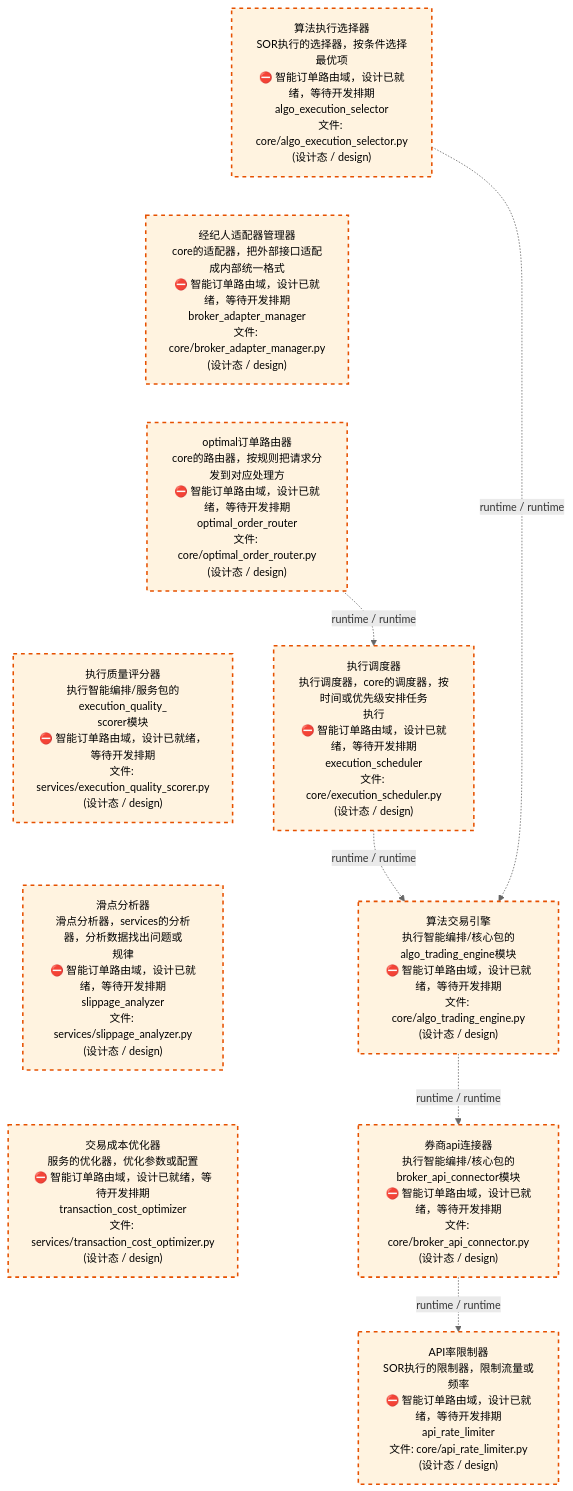
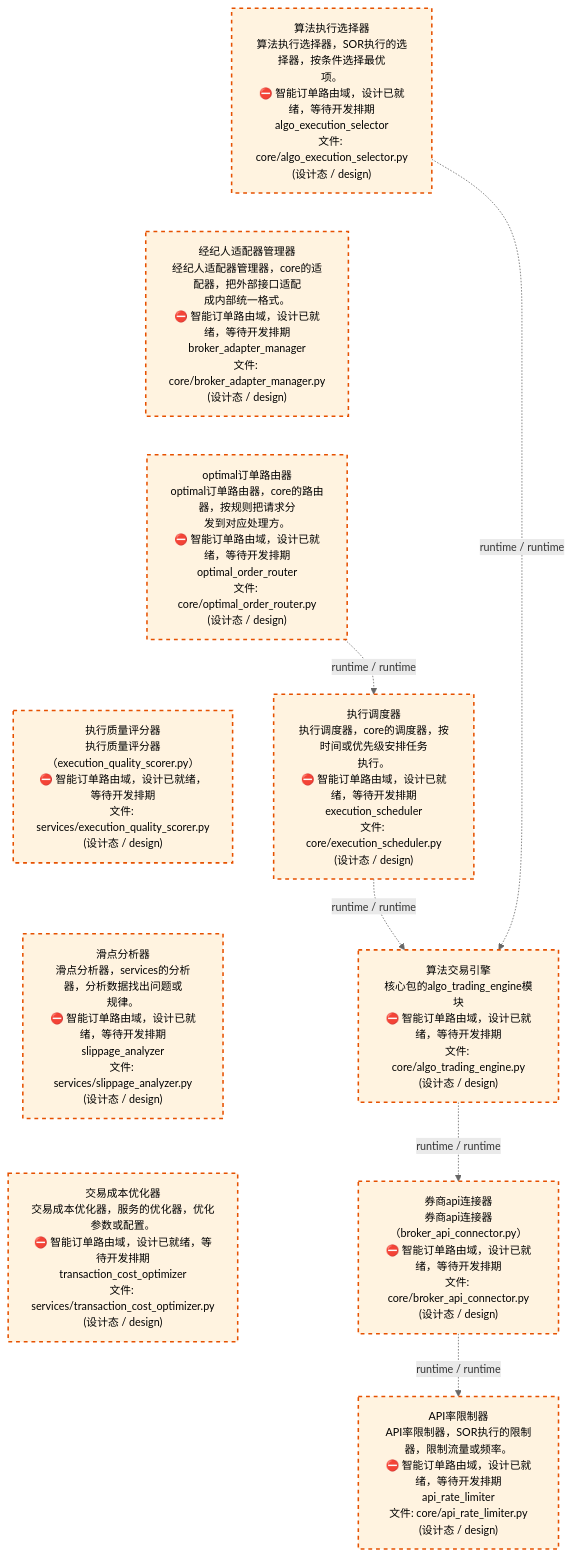
Before and after one commit to xuanFelixVan/ZephyrAlpha: the third of 4 diagrams in docs/02_enterprise_architecture/02_domain_architecture_docs/45_d_ex_sor.md, drawn with Mermaid. The commit also changed other lines of this file and 58 other files, not shown here.

````diff
--- a/docs/02_enterprise_architecture/02_domain_architecture_docs/45_d_ex_sor.md
+++ b/docs/02_enterprise_architecture/02_domain_architecture_docs/45_d_ex_sor.md
@@ -138,29 +138,29 @@
 ```mermaid
 %%{init: {'theme': 'base', 'themeVariables': {'primaryColor': '#eaeaea', 'primaryTextColor': '#333333', 'primaryBorderColor': '#666666', 'lineColor': '#666666', 'secondaryColor': '#eaeaea', 'tertiaryColor': '#eaeaea', 'fontSize': '14px'}}}%%
 flowchart TD
-    src_zephyr_ex_sor_core_algo_execution_selector_py["算法执行选择器<br/>SOR执行的选择器，按条件选择最优项<br/>⛔ 智能订单路由域，设计已就绪，等待开发排期<br/>algo_execution_selector<br/>文件: core/algo_execution_selector.py<br/>(设计态 / design)"]
-    src_zephyr_ex_sor_core_broker_adapter_manager_py["经纪人适配器管理器<br/>core的适配器，把外部接口适配成内部统一格式<br/>⛔ 智能订单路由域，设计已就绪，等待开发排期<br/>broker_adapter_manager<br/>文件: core/broker_adapter_manager.py<br/>(设计态 / design)"]
-    src_zephyr_ex_sor_core_optimal_order_router_py["optimal订单路由器<br/>core的路由器，按规则把请求分发到对应处理方<br/>⛔ 智能订单路由域，设计已就绪，等待开发排期<br/>optimal_order_router<br/>文件: core/optimal_order_router.py<br/>(设计态 / design)"]
-    src_zephyr_ex_sor_services_execution_quality_scorer_py["执行质量评分器<br/>执行智能编排/服务包的execution_quality_<br/>scorer模块<br/>⛔ 智能订单路由域，设计已就绪，等待开发排期<br/>文件: services/execution_quality_scorer.py<br/>(设计态 / design)"]
-    src_zephyr_ex_sor_services_slippage_analyzer_py["滑点分析器<br/>滑点分析器，services的分析器，分析数据找出问题或<br/>规律<br/>⛔ 智能订单路由域，设计已就绪，等待开发排期<br/>slippage_analyzer<br/>文件: services/slippage_analyzer.py<br/>(设计态 / design)"]
-    src_zephyr_ex_sor_services_transaction_cost_optimizer_py["交易成本优化器<br/>服务的优化器，优化参数或配置<br/>⛔ 智能订单路由域，设计已就绪，等待开发排期<br/>transaction_cost_optimizer<br/>文件: services/transaction_cost_optimizer.py<br/>(设计态 / design)"]
+    src_zephyr_ex_sor_core_algo_execution_selector_py["算法执行选择器<br/>算法执行选择器，SOR执行的选择器，按条件选择最优<br/>项。<br/>⛔ 智能订单路由域，设计已就绪，等待开发排期<br/>algo_execution_selector<br/>文件: core/algo_execution_selector.py<br/>(设计态 / design)"]
+    src_zephyr_ex_sor_core_broker_adapter_manager_py["经纪人适配器管理器<br/>经纪人适配器管理器，core的适配器，把外部接口适配<br/>成内部统一格式。<br/>⛔ 智能订单路由域，设计已就绪，等待开发排期<br/>broker_adapter_manager<br/>文件: core/broker_adapter_manager.py<br/>(设计态 / design)"]
+    src_zephyr_ex_sor_core_optimal_order_router_py["optimal订单路由器<br/>optimal订单路由器，core的路由器，按规则把请求分<br/>发到对应处理方。<br/>⛔ 智能订单路由域，设计已就绪，等待开发排期<br/>optimal_order_router<br/>文件: core/optimal_order_router.py<br/>(设计态 / design)"]
+    src_zephyr_ex_sor_services_execution_quality_scorer_py["执行质量评分器<br/>执行质量评分器（execution_quality_scorer.py）<br/>⛔ 智能订单路由域，设计已就绪，等待开发排期<br/>文件: services/execution_quality_scorer.py<br/>(设计态 / design)"]
+    src_zephyr_ex_sor_services_slippage_analyzer_py["滑点分析器<br/>滑点分析器，services的分析器，分析数据找出问题或<br/>规律。<br/>⛔ 智能订单路由域，设计已就绪，等待开发排期<br/>slippage_analyzer<br/>文件: services/slippage_analyzer.py<br/>(设计态 / design)"]
+    src_zephyr_ex_sor_services_transaction_cost_optimizer_py["交易成本优化器<br/>交易成本优化器，服务的优化器，优化参数或配置。<br/>⛔ 智能订单路由域，设计已就绪，等待开发排期<br/>transaction_cost_optimizer<br/>文件: services/transaction_cost_optimizer.py<br/>(设计态 / design)"]
     src_zephyr_ex_sor_core_algo_execution_selector_py ~~~ src_zephyr_ex_sor_core_broker_adapter_manager_py
     src_zephyr_ex_sor_core_broker_adapter_manager_py ~~~ src_zephyr_ex_sor_core_optimal_order_router_py
     src_zephyr_ex_sor_core_optimal_order_router_py ~~~ src_zephyr_ex_sor_services_execution_quality_scorer_py
     src_zephyr_ex_sor_services_execution_quality_scorer_py ~~~ src_zephyr_ex_sor_services_slippage_analyzer_py
     src_zephyr_ex_sor_services_slippage_analyzer_py ~~~ src_zephyr_ex_sor_services_transaction_cost_optimizer_py
-    src_zephyr_ex_sor_core_execution_scheduler_py["执行调度器<br/>执行调度器，core的调度器，按时间或优先级安排任务<br/>执行<br/>⛔ 智能订单路由域，设计已就绪，等待开发排期<br/>execution_scheduler<br/>文件: core/execution_scheduler.py<br/>(设计态 / design)"]
-    src_zephyr_ex_sor_core_algo_trading_engine_py["算法交易引擎<br/>执行智能编排/核心包的algo_trading_engine模块<br/>⛔ 智能订单路由域，设计已就绪，等待开发排期<br/>文件: core/algo_trading_engine.py<br/>(设计态 / design)"]
-    src_zephyr_ex_sor_core_broker_api_connector_py["券商api连接器<br/>执行智能编排/核心包的broker_api_connector模块<br/>⛔ 智能订单路由域，设计已就绪，等待开发排期<br/>文件: core/broker_api_connector.py<br/>(设计态 / design)"]
-    src_zephyr_ex_sor_core_api_rate_limiter_py["API率限制器<br/>SOR执行的限制器，限制流量或频率<br/>⛔ 智能订单路由域，设计已就绪，等待开发排期<br/>api_rate_limiter<br/>文件: core/api_rate_limiter.py<br/>(设计态 / design)"]
+    src_zephyr_ex_sor_core_execution_scheduler_py["执行调度器<br/>执行调度器，core的调度器，按时间或优先级安排任务<br/>执行。<br/>⛔ 智能订单路由域，设计已就绪，等待开发排期<br/>execution_scheduler<br/>文件: core/execution_scheduler.py<br/>(设计态 / design)"]
+    src_zephyr_ex_sor_core_algo_trading_engine_py["算法交易引擎<br/>核心包的algo_trading_engine模块<br/>⛔ 智能订单路由域，设计已就绪，等待开发排期<br/>文件: core/algo_trading_engine.py<br/>(设计态 / design)"]
+    src_zephyr_ex_sor_core_broker_api_connector_py["券商api连接器<br/>券商api连接器（broker_api_connector.py）<br/>⛔ 智能订单路由域，设计已就绪，等待开发排期<br/>文件: core/broker_api_connector.py<br/>(设计态 / design)"]
+    src_zephyr_ex_sor_core_api_rate_limiter_py["API率限制器<br/>API率限制器，SOR执行的限制器，限制流量或频率。<br/>⛔ 智能订单路由域，设计已就绪，等待开发排期<br/>api_rate_limiter<br/>文件: core/api_rate_limiter.py<br/>(设计态 / design)"]
     src_zephyr_ex_sor_core_optimal_order_router_py -.->|runtime / runtime| src_zephyr_ex_sor_core_execution_scheduler_py
     src_zephyr_ex_sor_core_execution_scheduler_py -.->|runtime / runtime| src_zephyr_ex_sor_core_algo_trading_engine_py
     src_zephyr_ex_sor_core_algo_trading_engine_py -.->|runtime / runtime| src_zephyr_ex_sor_core_broker_api_connector_py
     src_zephyr_ex_sor_core_algo_execution_selector_py -.->|runtime / runtime| src_zephyr_ex_sor_core_algo_trading_engine_py
     src_zephyr_ex_sor_core_broker_api_connector_py -.->|runtime / runtime| src_zephyr_ex_sor_core_api_rate_limiter_py
     classDef production fill:#e1f5fe,stroke:#01579b,stroke-width:2px,color:#000
     classDef design fill:#fff3e0,stroke:#e65100,stroke-width:2px,color:#000,stroke-dasharray: 5 5
     classDef external_prod fill:#e8f4fd,stroke:#0277bd,stroke-width:1px,color:#000
     classDef external_design fill:#fff8e7,stroke:#ef6c00,stroke-width:1px,color:#000,stroke-dasharray: 5 5
     class src_zephyr_ex_sor_core_algo_execution_selector_py,src_zephyr_ex_sor_core_algo_trading_engine_py,src_zephyr_ex_sor_core_api_rate_limiter_py,src_zephyr_ex_sor_core_broker_adapter_manager_py,src_zephyr_ex_sor_core_broker_api_connector_py,src_zephyr_ex_sor_core_execution_scheduler_py,src_zephyr_ex_sor_core_optimal_order_router_py,src_zephyr_ex_sor_services_execution_quality_scorer_py,src_zephyr_ex_sor_services_slippage_analyzer_py,src_zephyr_ex_sor_services_transaction_cost_optimizer_py design
 ```
````
